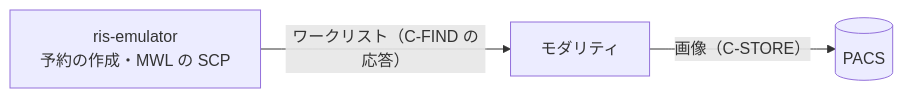
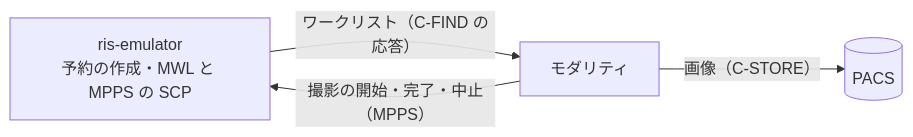
One commit to jeysunit/ris-emulator changed the diagram in README.md. Above: the diagram before and after it, drawn with Mermaid. The commit also changed other lines of this file and 27 other files, not shown here.

````diff
--- a/README.md
+++ b/README.md
@@ -10,8 +10,9 @@
 ```mermaid
 flowchart LR
-  RIS["ris-emulator<br/>予約の作成・MWL の SCP"]
+  RIS["ris-emulator<br/>予約の作成・MWL と MPPS の SCP"]
   MOD["モダリティ"]
   PACS[("PACS")]
   RIS -->|"ワークリスト（C-FIND の応答）"| MOD
+  MOD -->|"撮影の開始・完了・中止（MPPS）"| RIS
   MOD -->|"画像（C-STORE）"| PACS
 ```
````
